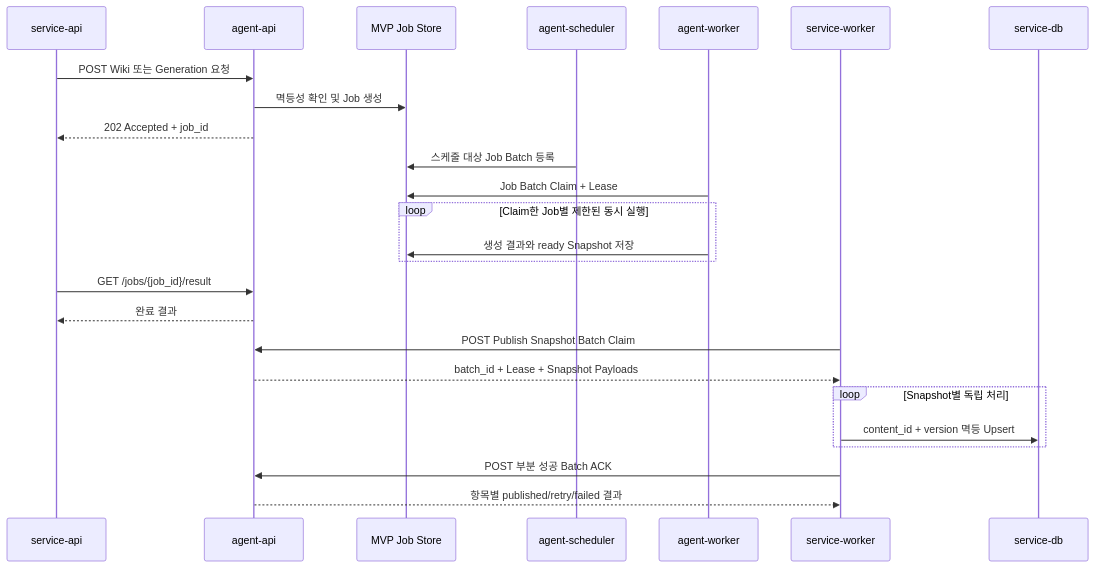
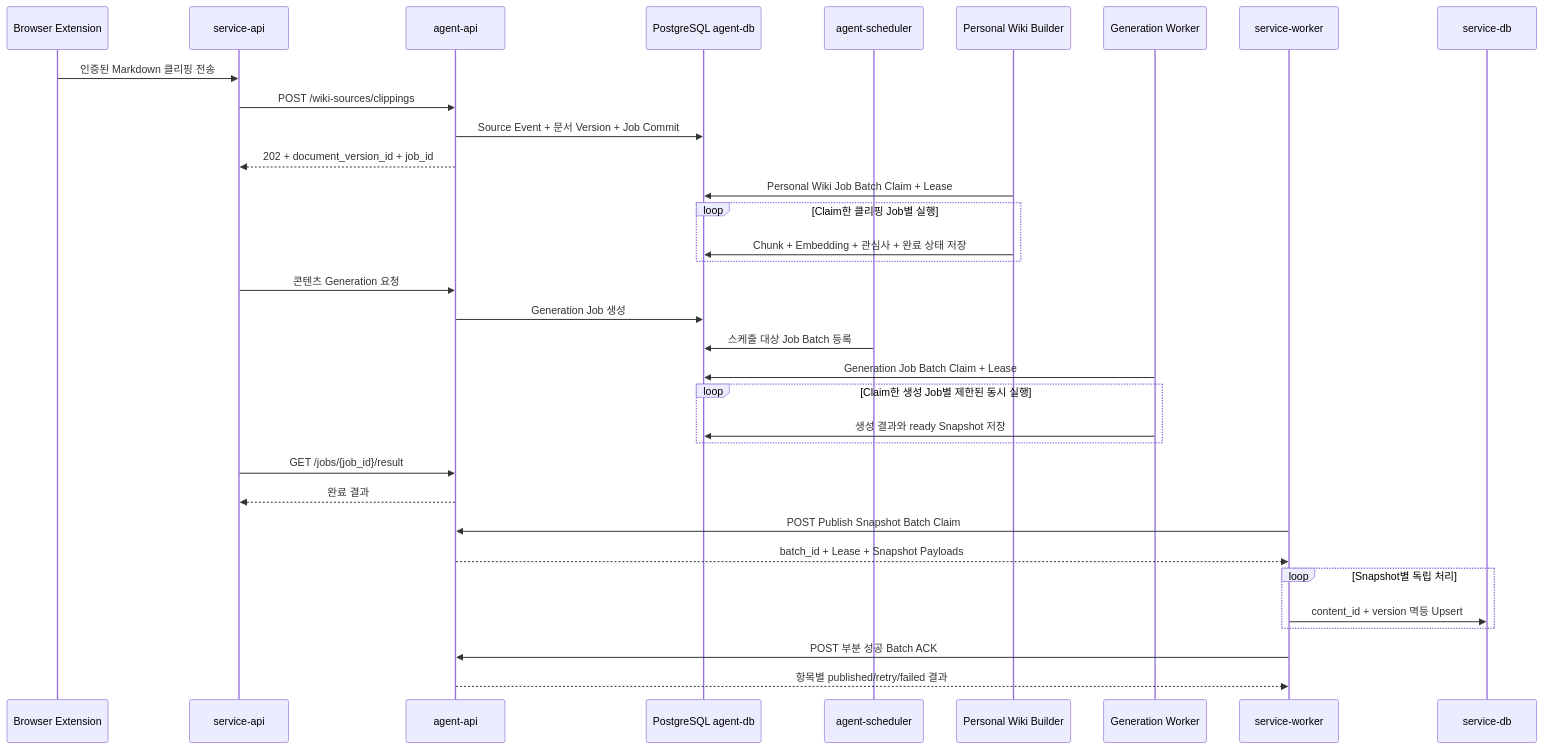
Before and after one commit to hk-toss-final-project/bambi-agent-api: the diagram in docs/fastapi-mvp-api.md, drawn with Mermaid. The commit also changed other lines of this file and 33 other files, not shown here.

First line of the commit message:
🗃️ 웹 클리핑 Markdown 저장 스키마 추가

````diff
--- a/docs/fastapi-mvp-api.md
+++ b/docs/fastapi-mvp-api.md
@@ -164,28 +244,37 @@
 ```mermaid
 sequenceDiagram
+    participant Clipper as Browser Extension
     participant ServiceAPI as service-api
     participant AgentAPI as agent-api
-    participant JobStore as MVP Job Store
+    participant AgentDB as PostgreSQL agent-db
     participant Scheduler as agent-scheduler
-    participant Worker as agent-worker
+    participant WikiWorker as Personal Wiki Builder
+    participant GenerationWorker as Generation Worker
     participant ServiceWorker as service-worker
     participant ServiceDB as service-db
 
-    ServiceAPI->>AgentAPI: POST Wiki 또는 Generation 요청
-    AgentAPI->>JobStore: 멱등성 확인 및 Job 생성
-    AgentAPI-->>ServiceAPI: 202 Accepted + job_id
-    Scheduler->>JobStore: 스케줄 대상 Job Batch 등록
-    Worker->>JobStore: Job Batch Claim + Lease
-    loop Claim한 Job별 제한된 동시 실행
-        Worker->>JobStore: 생성 결과와 ready Snapshot 저장
+    Clipper->>ServiceAPI: 인증된 Markdown 클리핑 전송
+    ServiceAPI->>AgentAPI: POST /wiki-sources/clippings
+    AgentAPI->>AgentDB: Source Event + 문서 Version + Job Commit
+    AgentAPI-->>ServiceAPI: 202 + document_version_id + job_id
+    WikiWorker->>AgentDB: Personal Wiki Job Batch Claim + Lease
+    loop Claim한 클리핑 Job별 실행
+        WikiWorker->>AgentDB: Chunk + Embedding + 관심사 + 완료 상태 저장
+    end
+    ServiceAPI->>AgentAPI: 콘텐츠 Generation 요청
+    AgentAPI->>AgentDB: Generation Job 생성
+    Scheduler->>AgentDB: 스케줄 대상 Job Batch 등록
+    GenerationWorker->>AgentDB: Generation Job Batch Claim + Lease
+    loop Claim한 생성 Job별 제한된 동시 실행
+        GenerationWorker->>AgentDB: 생성 결과와 ready Snapshot 저장
     end
     ServiceAPI->>AgentAPI: GET /jobs/{job_id}/result
     AgentAPI-->>ServiceAPI: 완료 결과
     ServiceWorker->>AgentAPI: POST Publish Snapshot Batch Claim
     AgentAPI-->>ServiceWorker: batch_id + Lease + Snapshot Payloads
     loop Snapshot별 독립 처리
         ServiceWorker->>ServiceDB: content_id + version 멱등 Upsert
     end
     ServiceWorker->>AgentAPI: POST 부분 성공 Batch ACK
     AgentAPI-->>ServiceWorker: 항목별 published/retry/failed 결과
 ```
````
